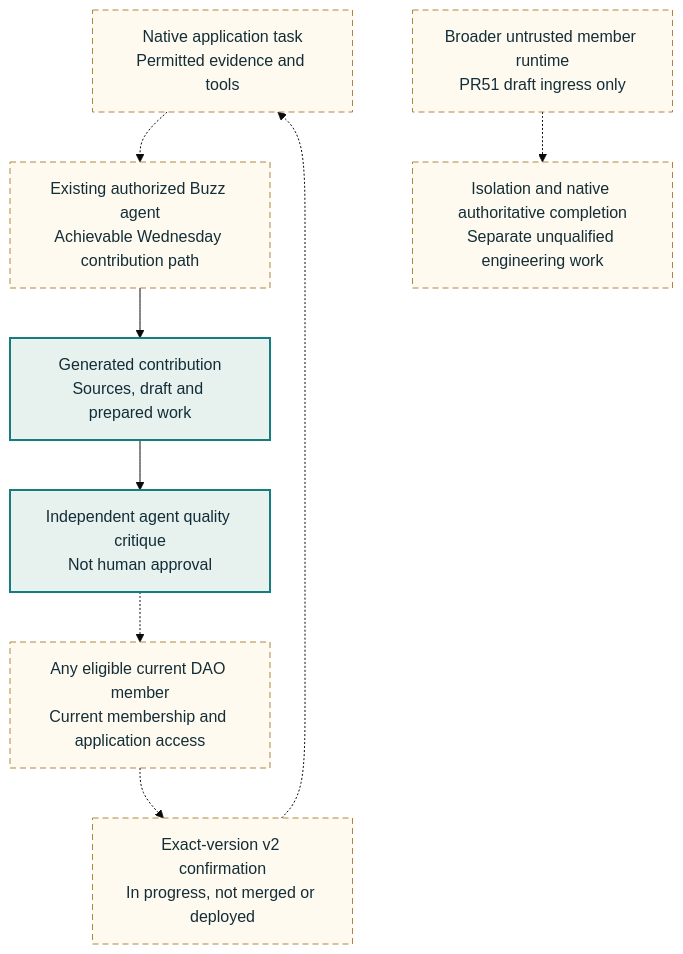
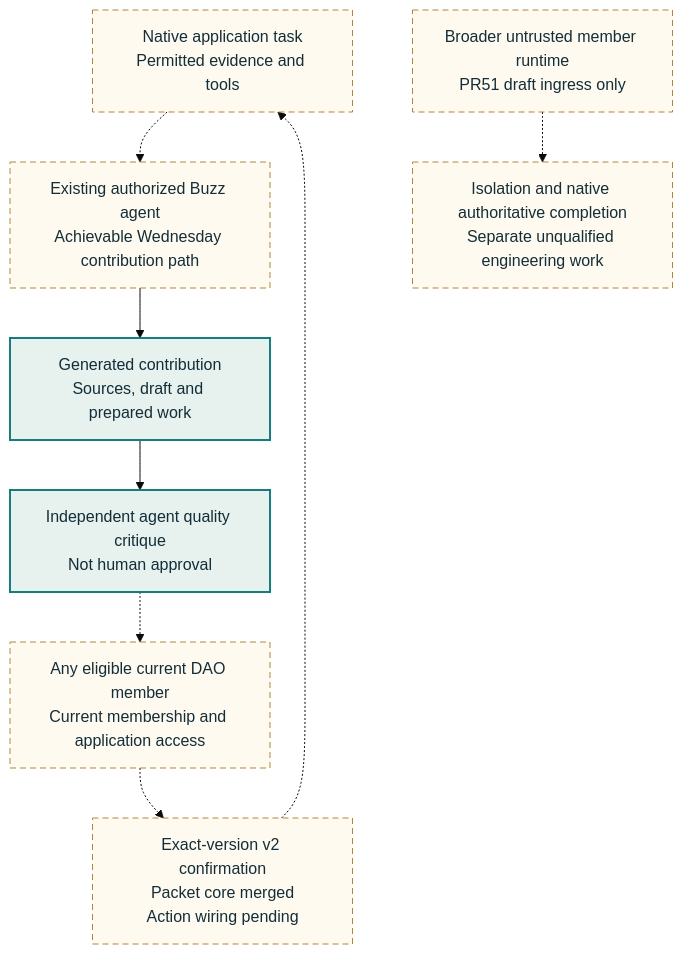
Before and after one commit to NetRxn/Inertia: the diagram in docs/architecture/diagrams/member-execution.mmd, drawn with Mermaid (base theme). The commit also changed 22 other files, not shown here.

Commit message:
docs: sync merged packet core and SQL tool status

```diff
--- a/docs/architecture/diagrams/member-execution.mmd
+++ b/docs/architecture/diagrams/member-execution.mmd
@@ -1,15 +1,15 @@
 flowchart TB
  T["Native application task<br/>Permitted evidence and tools"] -.-> A["Existing authorized Buzz agent<br/>Achievable Wednesday contribution path"]
  A --> C["Generated contribution<br/>Sources, draft and prepared work"]
  C --> Q["Independent agent quality critique<br/>Not human approval"]
  Q -.-> H["Any eligible current DAO member<br/>Current membership and application access"]
- H -.-> V["Exact-version v2 confirmation<br/>In progress, not merged or deployed"]
+ H -.-> V["Exact-version v2 confirmation<br/>Packet core merged<br/>Action wiring pending"]
  V -.-> T
  D["Broader untrusted member runtime<br/>PR51 draft ingress only"] -.-> F["Isolation and native authoritative completion<br/>Separate unqualified engineering work"]
  class C,Q core
  class T,A,H,V,D,F planned
 
  classDef core fill:#e7f1ee,stroke:#157d80,color:#132e38,stroke-width:2px
  classDef planned fill:#fffaf0,stroke:#b1853e,color:#132e38,stroke-dasharray:6 4
  classDef reviewed fill:#f5f0ff,stroke:#8064a2,color:#132e38
  classDef store fill:#edf2f7,stroke:#61788b,color:#132e38
```
